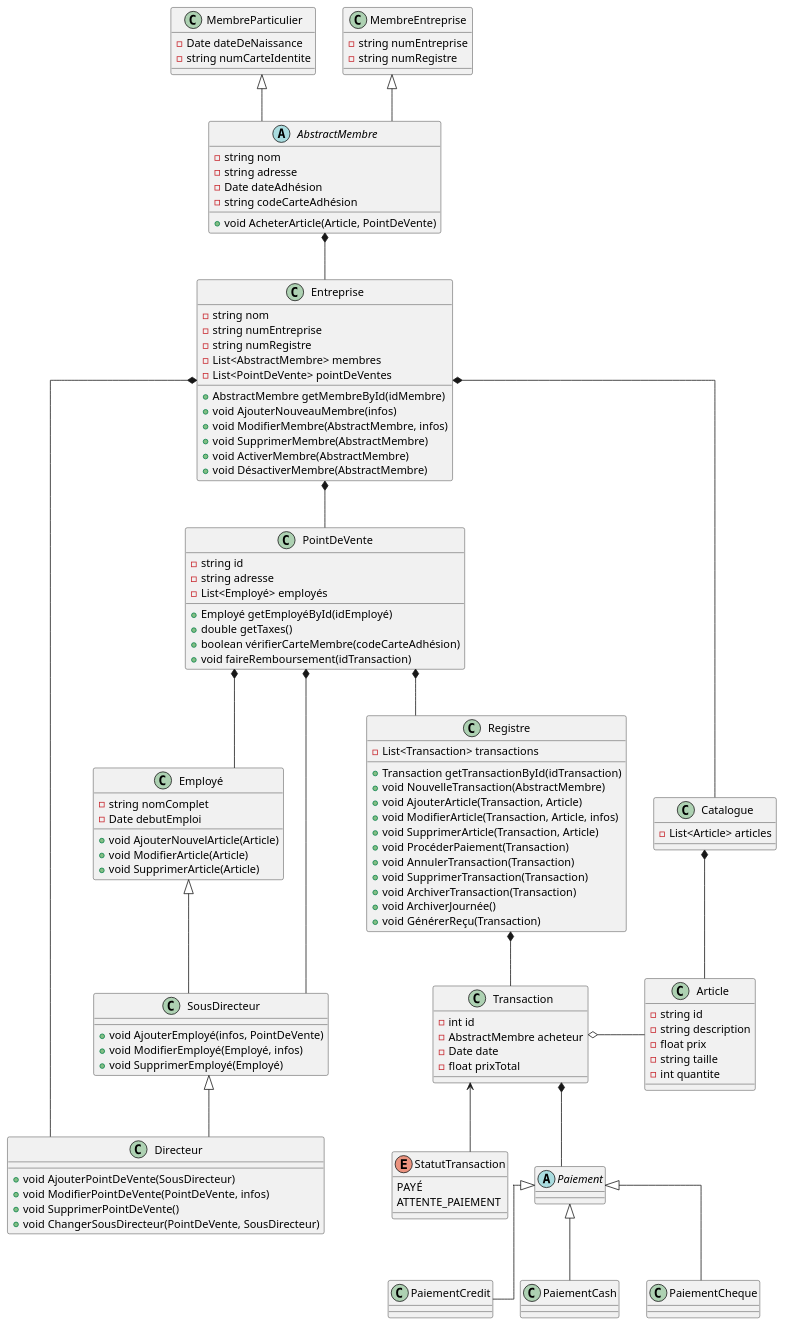
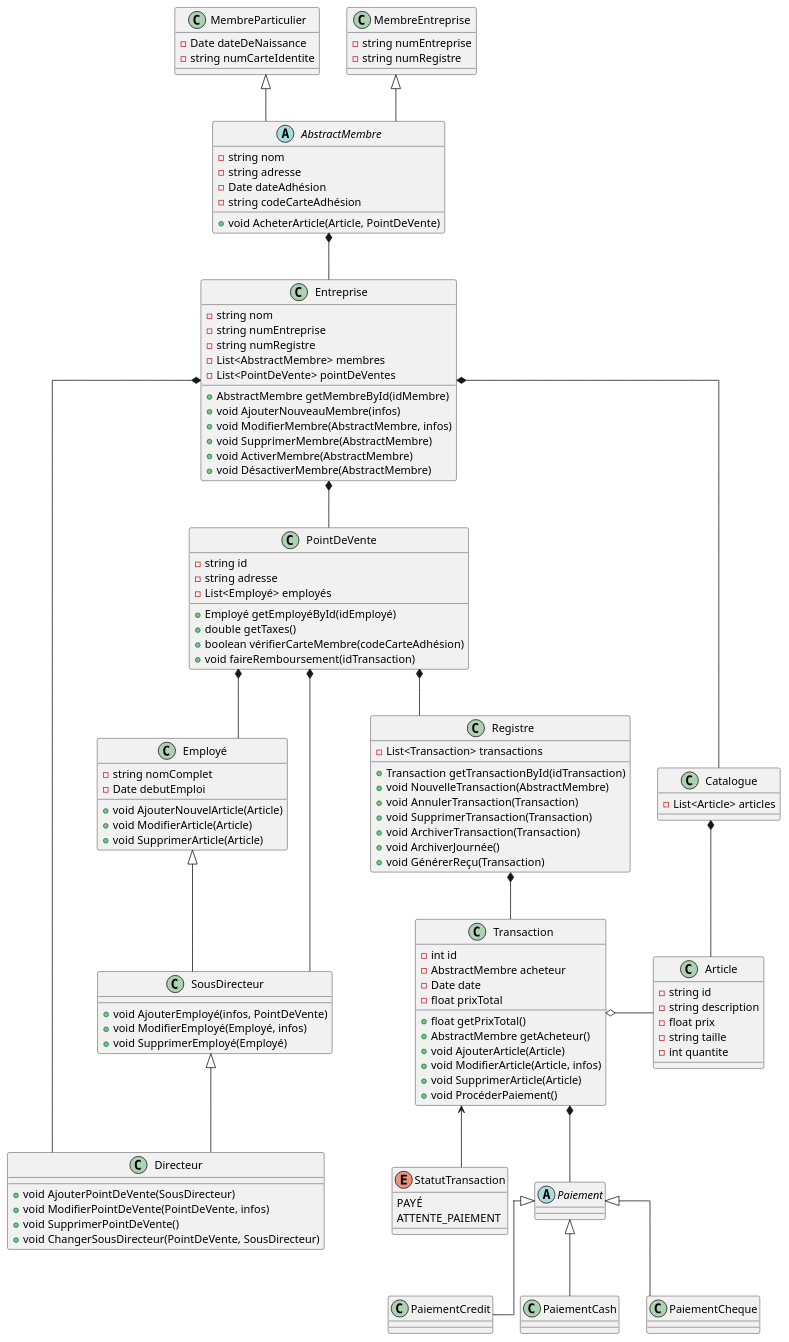
One commit to SamBolduc/INF1011-TP2 changed the diagram in diagram.puml. Above: the diagram before and after it, drawn with PlantUML.

Commit message:
Modifications du dernier commit.

```diff
--- a/diagram.puml
+++ b/diagram.puml
@@ -1,139 +1,141 @@
 @startuml
 
 skinparam linetype ortho
 
 abstract class AbstractMembre {
 - string nom
 - string adresse
 - Date dateAdhésion
 - string codeCarteAdhésion
 + void AcheterArticle(Article, PointDeVente)
 }
 
 class MembreParticulier {
 - Date dateDeNaissance
 - string numCarteIdentite
 }
 
 class MembreEntreprise {
 - string numEntreprise
 - string numRegistre
 }
 
 class Employé {
 - string nomComplet
 - Date debutEmploi
 + void AjouterNouvelArticle(Article)
 + void ModifierArticle(Article)
 + void SupprimerArticle(Article)
 }
 
 class SousDirecteur {
 + void AjouterEmployé(infos, PointDeVente)
 + void ModifierEmployé(Employé, infos)
 + void SupprimerEmployé(Employé)
 }
 
 class Directeur {
 + void AjouterPointDeVente(SousDirecteur)
 + void ModifierPointDeVente(PointDeVente, infos)
 + void SupprimerPointDeVente()
 + void ChangerSousDirecteur(PointDeVente, SousDirecteur)
 }
 
 class Transaction {
 - int id
 - AbstractMembre acheteur
 - Date date
 - float prixTotal
++ float getPrixTotal()
++ AbstractMembre getAcheteur()
++ void AjouterArticle(Article)
++ void ModifierArticle(Article, infos)
++ void SupprimerArticle(Article)
++ void ProcéderPaiement()
 }
 
 class Article {
 - string id
 - string description
 - float prix
 - string taille
 - int quantite
 }
 
 class Registre {
 - List<Transaction> transactions
 + Transaction getTransactionById(idTransaction)
 + void NouvelleTransaction(AbstractMembre)
-+ void AjouterArticle(Transaction, Article)
-+ void ModifierArticle(Transaction, Article, infos)
-+ void SupprimerArticle(Transaction, Article)
-+ void ProcéderPaiement(Transaction)
 + void AnnulerTransaction(Transaction)
 + void SupprimerTransaction(Transaction)
 + void ArchiverTransaction(Transaction)
 + void ArchiverJournée()
 + void GénérerReçu(Transaction)
 }
 
 enum StatutTransaction{
 PAYÉ
 ATTENTE_PAIEMENT
 }
 
 class Entreprise {
 - string nom
 - string numEntreprise
 - string numRegistre
 - List<AbstractMembre> membres
 - List<PointDeVente> pointDeVentes
 + AbstractMembre getMembreById(idMembre)
 + void AjouterNouveauMembre(infos)
 + void ModifierMembre(AbstractMembre, infos)
 + void SupprimerMembre(AbstractMembre)
 + void ActiverMembre(AbstractMembre)
 + void DésactiverMembre(AbstractMembre)
 }
 
 class PointDeVente {
 - string id
 - string adresse
 - List<Employé> employés
 + Employé getEmployéById(idEmployé)
 + double getTaxes()
 + boolean vérifierCarteMembre(codeCarteAdhésion)
 + void faireRemboursement(idTransaction)
 }
 
 class Catalogue {
 - List<Article> articles
 }
 
 abstract class Paiement {}
 
 class PaiementCredit {}
 
 class PaiementCash {}
 
 class PaiementCheque {}
 
 Employé <|-- SousDirecteur
 SousDirecteur <|-- Directeur
 
 Paiement <|-- PaiementCredit
 Paiement <|-- PaiementCash
 Paiement <|-- PaiementCheque
 
 Entreprise *-- PointDeVente
 Entreprise *--- Catalogue
 Catalogue *-- Article
 Entreprise *-- Directeur
 PointDeVente *-- SousDirecteur
 PointDeVente *-- Employé
 PointDeVente *-- Registre
 
 Registre *-- Transaction
 Transaction <-- StatutTransaction
 Transaction *-- Paiement
 Transaction o- Article
 
 AbstractMembre *-- Entreprise
 MembreParticulier<|-- AbstractMembre
 MembreEntreprise <|-- AbstractMembre
 
 @enduml
```
